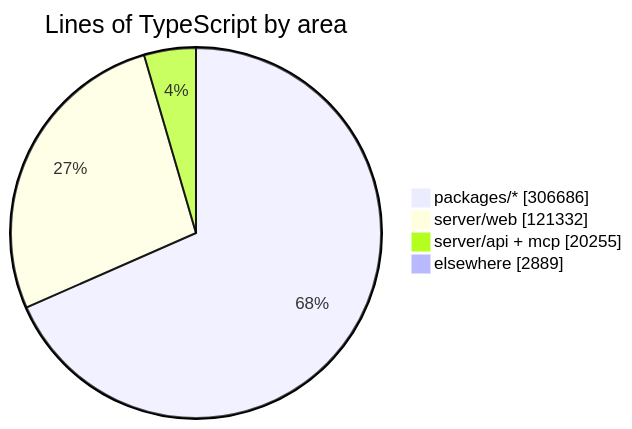
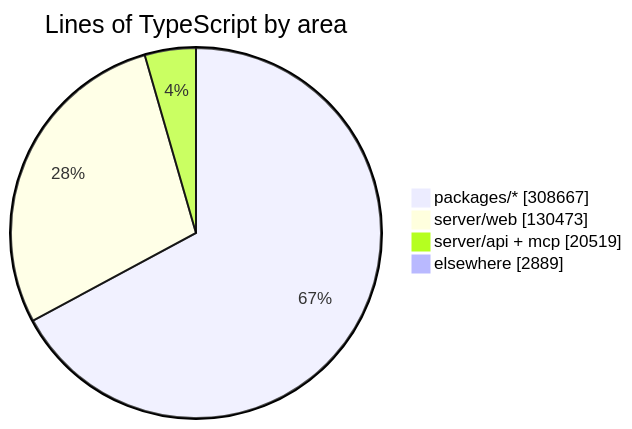
One commit to crossworks-engineering/mantle changed the diagram in README.md. Above: the diagram before and after it, drawn with Mermaid. The commit also changed other lines of this file and 2 other files, not shown here.

````diff
--- a/README.md
+++ b/README.md
@@ -294,7 +294,7 @@
 ```mermaid
 pie showData title Lines of TypeScript by area
-    "packages/*" : 306686
-    "server/web" : 121332
-    "server/api + mcp" : 20255
+    "packages/*" : 308667
+    "server/web" : 130473
+    "server/api + mcp" : 20519
     "elsewhere" : 2889
 ```
````
